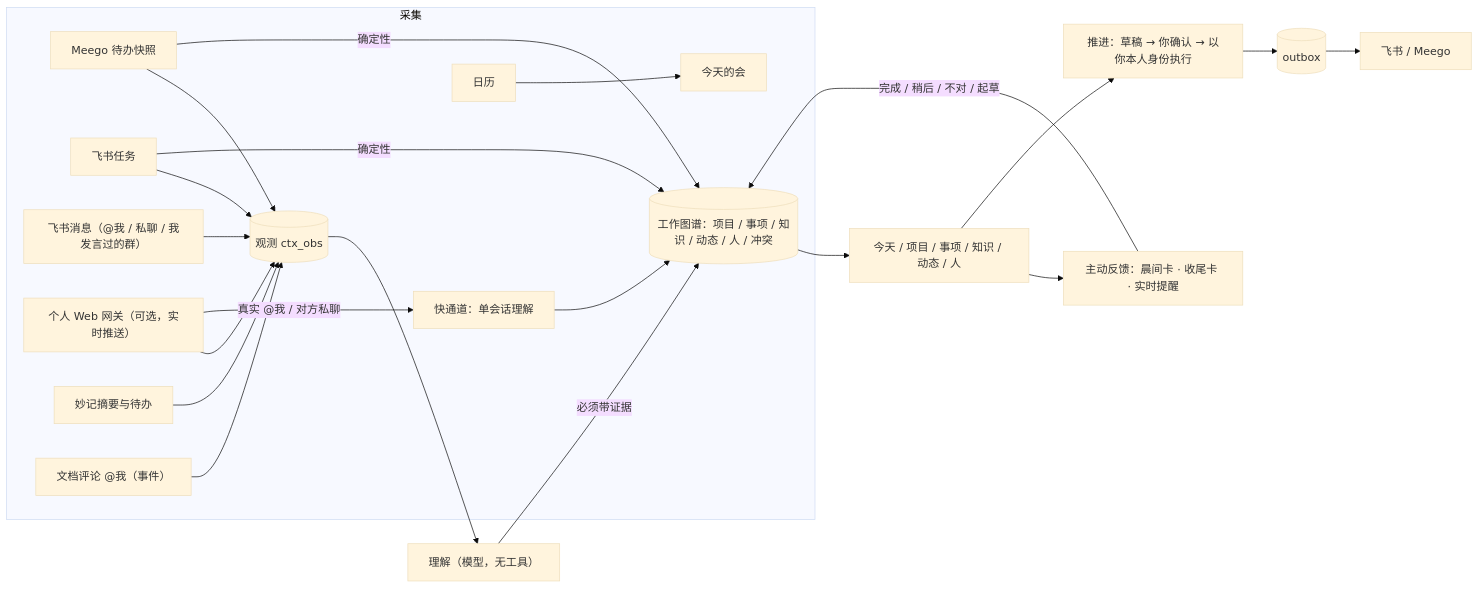
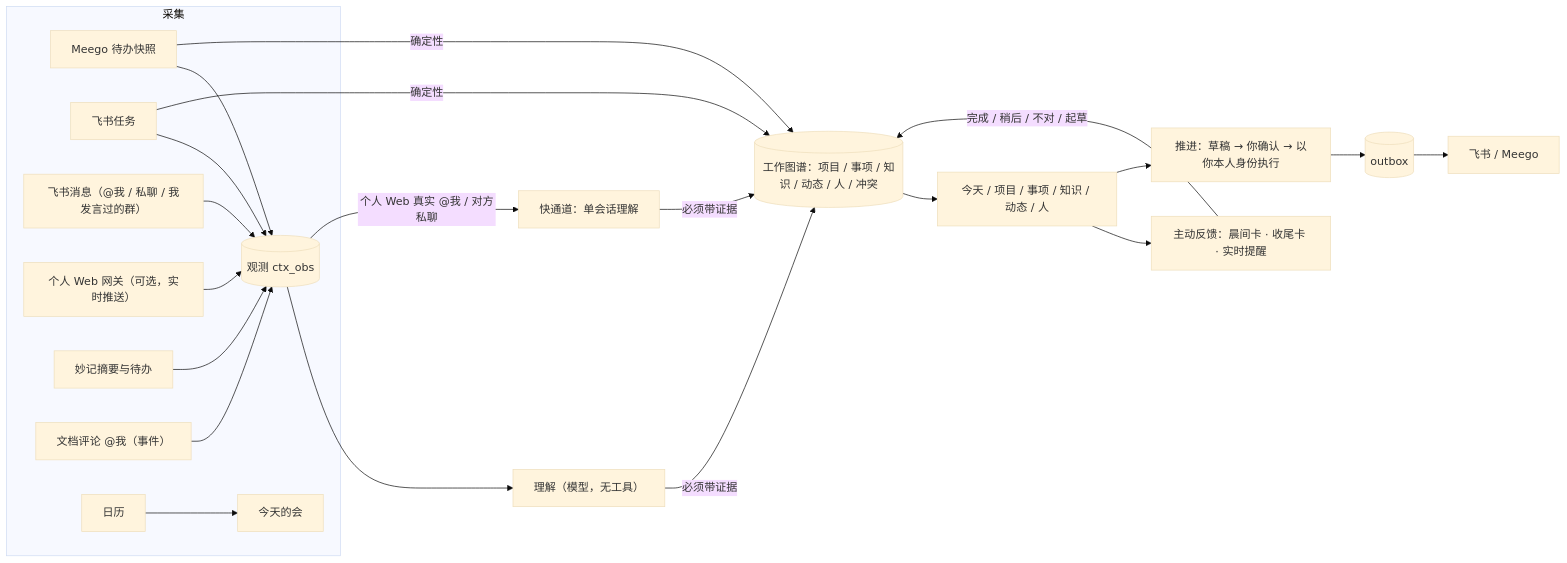
One commit to azhonglee/avatar changed the diagram in docs/工作上下文.md. Above: the diagram before and after it, drawn with Mermaid (base theme). The commit also changed other lines of this file and 1 other file, not shown here.

Commit message:
docs: fix review findings on fast-lane diagram, weak merge, alerts, and boundaries

````diff
--- a/docs/工作上下文.md
+++ b/docs/工作上下文.md
@@ -7,23 +7,23 @@
 ```mermaid
 flowchart LR
   subgraph 采集
     M[Meego 待办快照] --> O
     T[飞书任务] --> O
     I["飞书消息（@我 / 私聊 / 我发言过的群）"] --> O
     PW["个人 Web 网关（可选，实时推送）"] --> O
-    PW -->|"真实 @我 / 对方私聊"| FL[快通道：单会话理解]
-    FL --> G
     MI[妙记摘要与待办] --> O
     D["文档评论 @我（事件）"] --> O
     C[日历] --> CAL[今天的会]
   end
   O[(观测 ctx_obs)] --> U["理解（模型，无工具）"]
+  O -->|"个人 Web 真实 @我 / 对方私聊"| FL["快通道：单会话理解"]
   U -->|必须带证据| G[(工作图谱：项目 / 事项 / 知识 / 动态 / 人 / 冲突)]
+  FL -->|必须带证据| G
   M -->|确定性| G
   T -->|确定性| G
   G --> V[今天 / 项目 / 事项 / 知识 / 动态 / 人]
   V --> F["主动反馈：晨间卡 · 收尾卡 · 实时提醒"]
   V --> P["推进：草稿 → 你确认 → 以你本人身份执行"]
   F -->|完成 / 稍后 / 不对 / 起草| G
   P --> OB[(outbox)] --> FS[飞书 / Meego]
 ```
````
